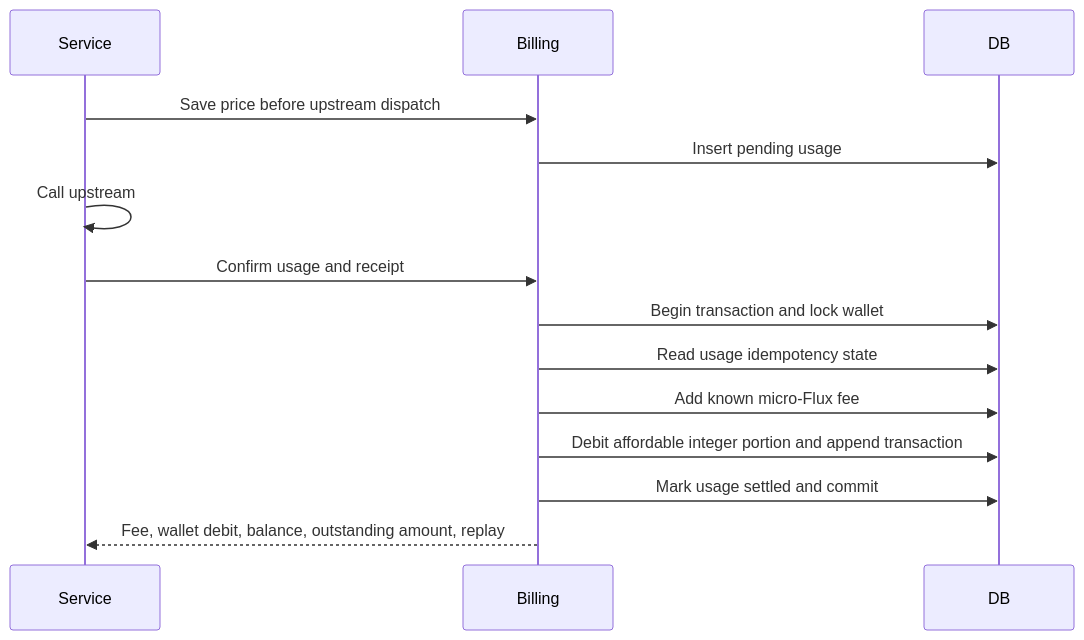
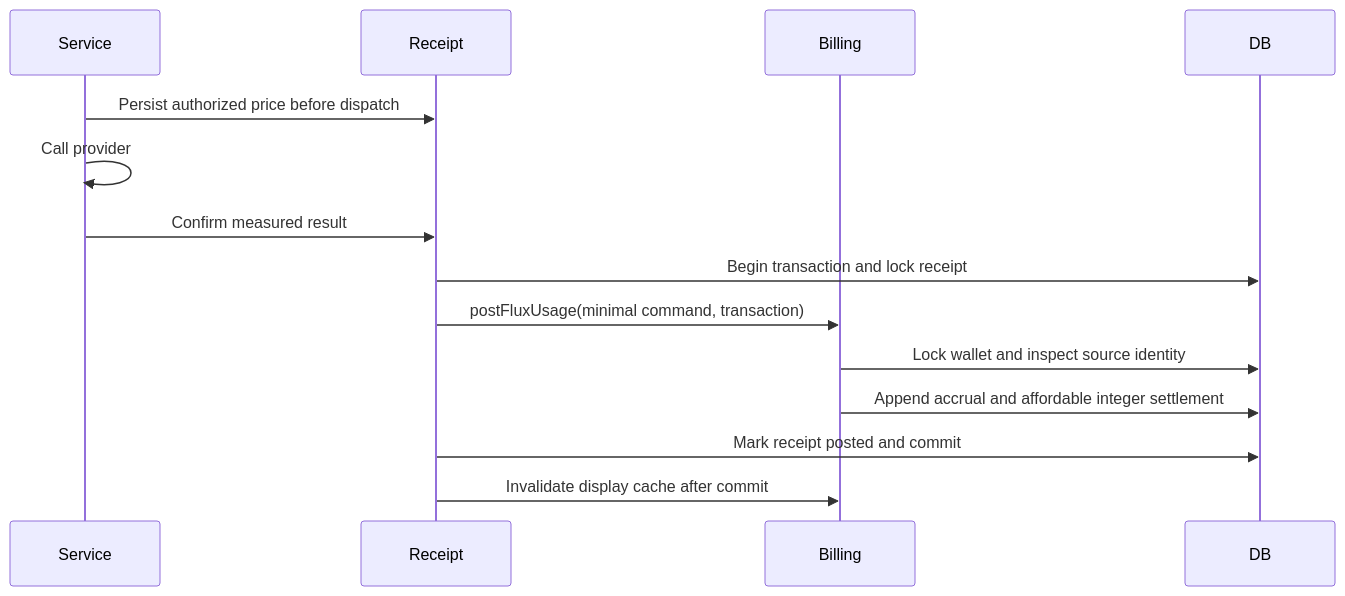
The second of 2 diagrams in server/docs/ai/adr/2026-10-04-flux-usage.md (moeru-ai/airi), drawn with Mermaid before and after one commit. The commit also changed other lines of this file and 34 other files, not shown here.

Commit message:
refactor(api): separate Flux posting from service receipts

````diff
--- a/server/docs/ai/adr/2026-10-04-flux-usage.md
+++ b/server/docs/ai/adr/2026-10-04-flux-usage.md
@@ -66,16 +59,16 @@
 ```mermaid
 sequenceDiagram
   participant Service
+  participant Receipt
   participant Billing
   participant DB
-  Service->>Billing: Save price before upstream dispatch
-  Billing->>DB: Insert pending usage
-  Service->>Service: Call upstream
-  Service->>Billing: Confirm usage and receipt
-  Billing->>DB: Begin transaction and lock wallet
-  Billing->>DB: Read usage idempotency state
-  Billing->>DB: Add known micro-Flux fee
-  Billing->>DB: Debit affordable integer portion and append transaction
-  Billing->>DB: Mark usage settled and commit
-  Billing-->>Service: Fee, wallet debit, balance, outstanding amount, replay
+  Service->>Receipt: Persist authorized price before dispatch
+  Service->>Service: Call provider
+  Service->>Receipt: Confirm measured result
+  Receipt->>DB: Begin transaction and lock receipt
+  Receipt->>Billing: postFluxUsage(minimal command, transaction)
+  Billing->>DB: Lock wallet and inspect source identity
+  Billing->>DB: Append accrual and affordable integer settlement
+  Receipt->>DB: Mark receipt posted and commit
+  Receipt->>Billing: Invalidate display cache after commit
 ```
````
